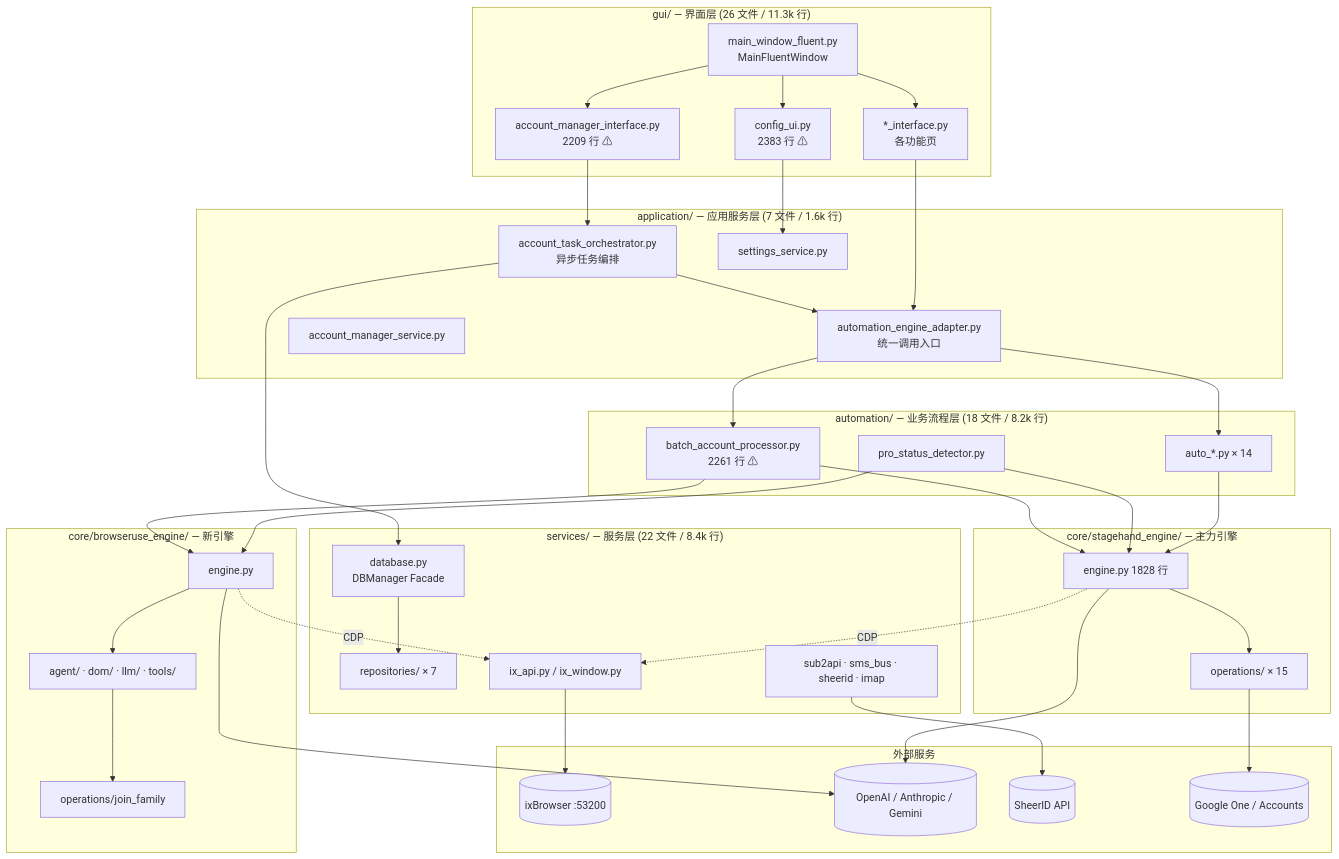
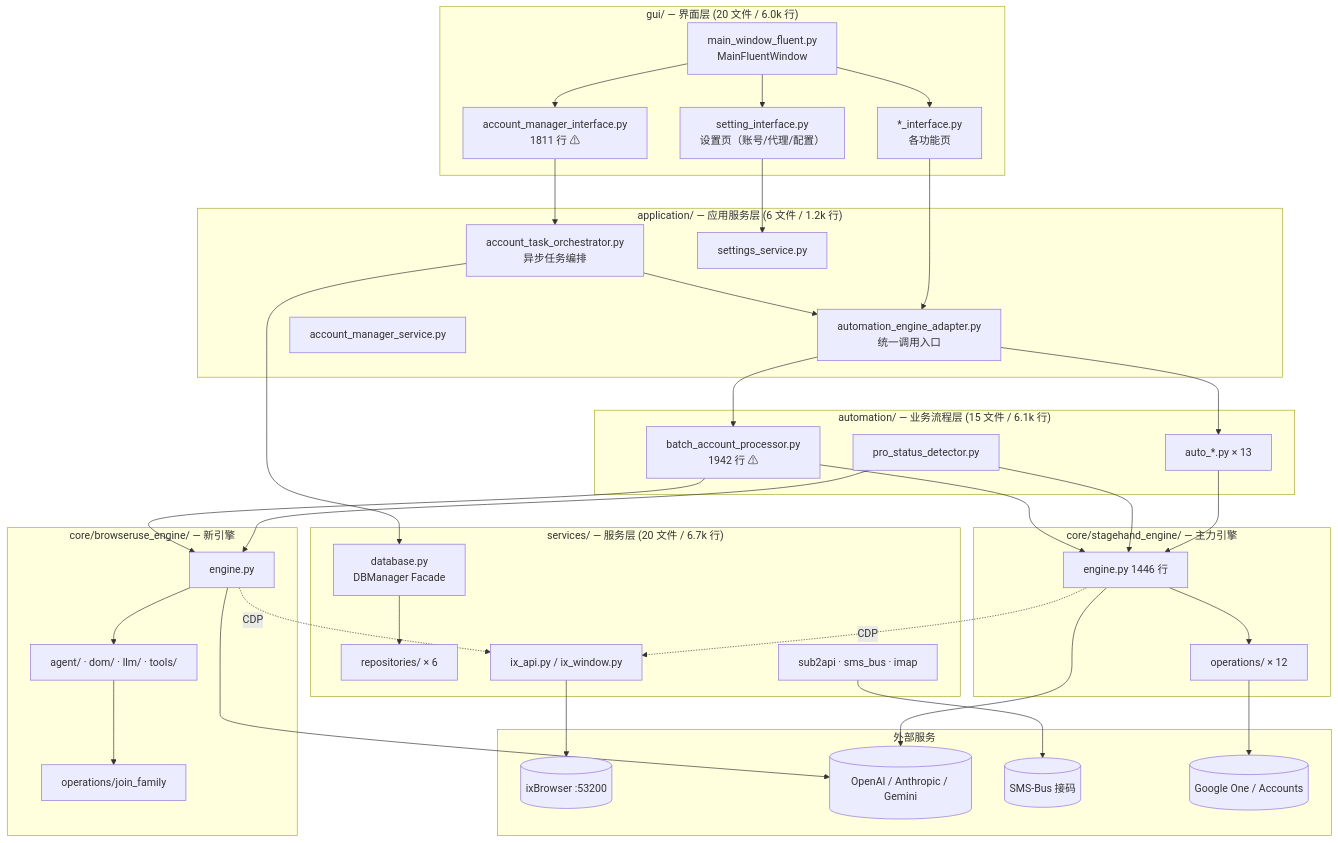
One commit to onerentop/auto_bitbrowser changed the diagram in CLAUDE.md. Above: the diagram before and after it, drawn with Mermaid. The commit also changed other lines of this file and 1 other file, not shown here.

First line of the commit message:
refactor(gui): 删除失效的config_ui并同步更新CLAUDE.md

````diff
--- a/CLAUDE.md
+++ b/CLAUDE.md
@@ -62,62 +63,62 @@
 ```mermaid
 graph TB
-    subgraph L1["gui/ — 界面层 (26 文件 / 11.3k 行)"]
+    subgraph L1["gui/ — 界面层 (20 文件 / 6.0k 行)"]
         MWF["main_window_fluent.py<br/>MainFluentWindow"]
-        AMI["account_manager_interface.py<br/>2209 行 ⚠"]
-        CFG["config_ui.py<br/>2383 行 ⚠"]
+        AMI["account_manager_interface.py<br/>1811 行 ⚠"]
+        SET["setting_interface.py<br/>设置页（账号/代理/配置）"]
         FEAT["*_interface.py<br/>各功能页"]
     end
 
-    subgraph L2["application/ — 应用服务层 (7 文件 / 1.6k 行)"]
+    subgraph L2["application/ — 应用服务层 (6 文件 / 1.2k 行)"]
         ATO["account_task_orchestrator.py<br/>异步任务编排"]
         AEA["automation_engine_adapter.py<br/>统一调用入口"]
         AMS["account_manager_service.py"]
         SS["settings_service.py"]
     end
 
-    subgraph L3["automation/ — 业务流程层 (18 文件 / 8.2k 行)"]
-        BAP["batch_account_processor.py<br/>2261 行 ⚠"]
+    subgraph L3["automation/ — 业务流程层 (15 文件 / 6.1k 行)"]
+        BAP["batch_account_processor.py<br/>1942 行 ⚠"]
         PSD["pro_status_detector.py"]
-        AUTO["auto_*.py × 14"]
+        AUTO["auto_*.py × 13"]
     end
 
     subgraph L4A["core/stagehand_engine/ — 主力引擎"]
-        SE["engine.py 1828 行"]
-        OPS["operations/ × 15"]
+        SE["engine.py 1446 行"]
+        OPS["operations/ × 12"]
     end
 
     subgraph L4B["core/browseruse_engine/ — 新引擎"]
         BE["engine.py"]
         AG["agent/ · dom/ · llm/ · tools/"]
         BOPS["operations/join_family"]
     end
 
-    subgraph L5["services/ — 服务层 (22 文件 / 8.4k 行)"]
+    subgraph L5["services/ — 服务层 (20 文件 / 6.7k 行)"]
         DB["database.py<br/>DBManager Facade"]
-        REPO["repositories/ × 7"]
+        REPO["repositories/ × 6"]
         IXA["ix_api.py / ix_window.py"]
-        EXT["sub2api · sms_bus · sheerid · imap"]
+        EXT["sub2api · sms_bus · imap"]
     end
 
     subgraph EXTSVC["外部服务"]
         IXB[("ixBrowser :53200")]
         LLM[("OpenAI / Anthropic / Gemini")]
-        SID[("SheerID API")]
+        SID[("SMS-Bus 接码")]
         GOOG[("Google One / Accounts")]
     end
 
-    MWF --> AMI & CFG & FEAT
+    MWF --> AMI & SET & FEAT
     AMI --> ATO --> AEA --> BAP & AUTO
     FEAT --> AEA
-    CFG --> SS
+    SET --> SS
     BAP --> SE & BE
     PSD --> SE & BE
     AUTO --> SE
     SE --> OPS --> GOOG
     BE --> AG --> BOPS
     SE & BE -.CDP.-> IXA --> IXB
     SE & BE --> LLM
     DB --> REPO
     EXT --> SID
     ATO --> DB
 ```
````
